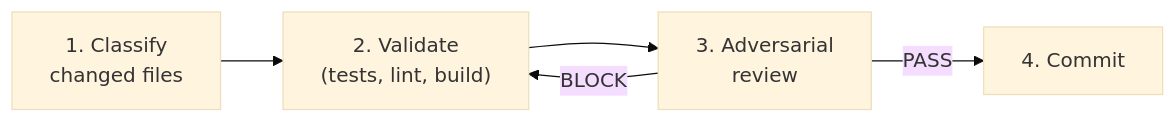
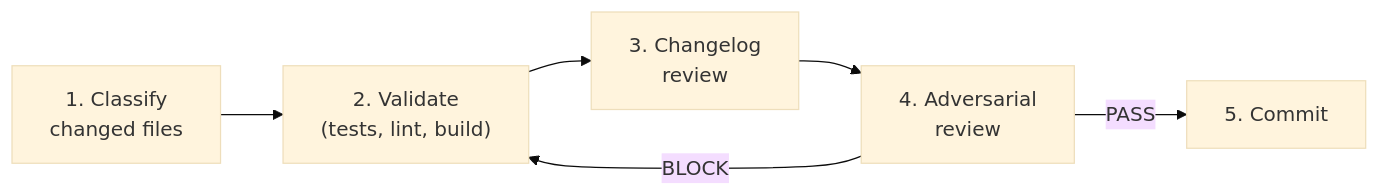
The second of 2 diagrams in docs/operations/ai-assisted-development.md (sean8601/mockserver-monorepo), drawn with Mermaid (base theme) before and after one commit. The commit also changed other lines of this file and 3 other files, not shown here.

````diff
--- a/docs/operations/ai-assisted-development.md
+++ b/docs/operations/ai-assisted-development.md
@@ -82,10 +82,12 @@
 ```mermaid
 flowchart LR
     S1["1. Classify
     changed files"] --> S2["2. Validate
     (tests, lint, build)"]
-    S2 --> S3["3. Adversarial
+    S2 --> S3["3. Changelog
     review"]
-    S3 -->|BLOCK| S2
-    S3 -->|PASS| S4["4. Commit"]
+    S3 --> S4["4. Adversarial
+    review"]
+    S4 -->|BLOCK| S2
+    S4 -->|PASS| S5["5. Commit"]
 ```
````
